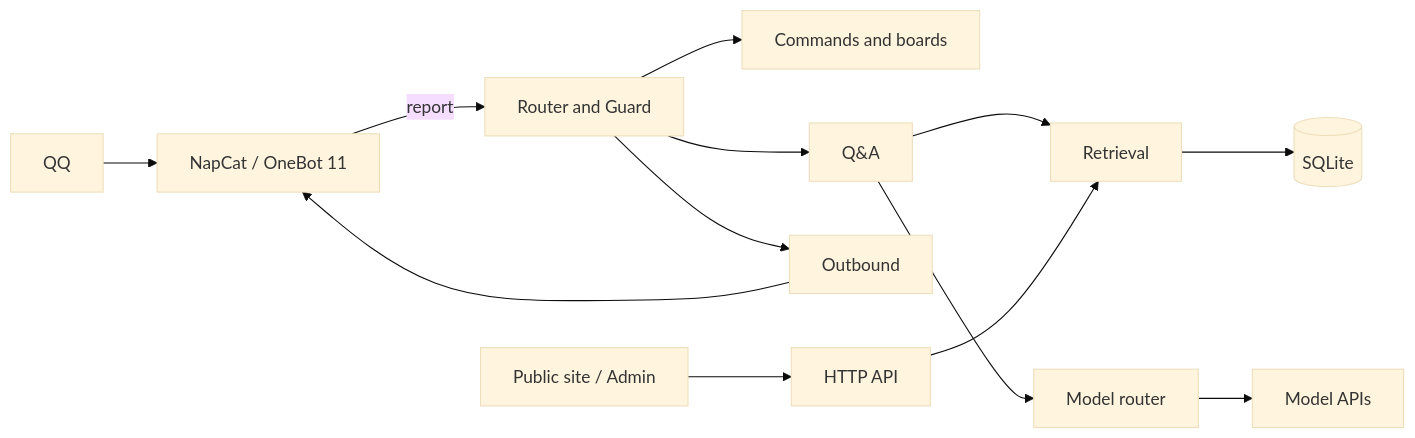
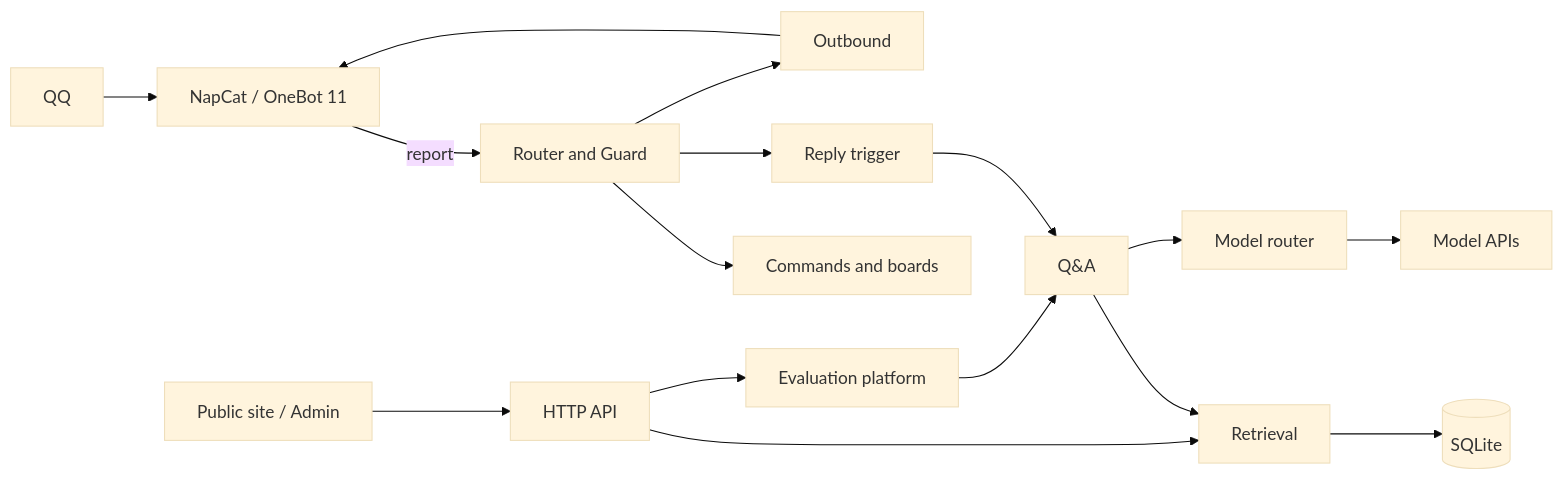
The diagram in README.en.md (HuoGu-Hub/Q-A-bot), drawn with Mermaid (base theme) before and after one commit. The commit also changed other lines of this file and 1 other file, not shown here.

````diff
--- a/README.en.md
+++ b/README.en.md
@@ -45,15 +48,18 @@
 ```mermaid
 flowchart LR
     QQ[QQ] --> NC[NapCat / OneBot 11]
     NC -->|report| R[Router and Guard]
     R --> C[Commands and boards]
-    R --> A[Q&A]
+    R --> T[Reply trigger]
+    T --> A[Q&A]
     A --> K[Retrieval]
     K --> DB[(SQLite)]
     A --> L[Model router]
     L --> API[Model APIs]
     R --> O[Outbound]
     O --> NC
     W[Public site / Admin] --> P[HTTP API]
     P --> K
+    P --> E[Evaluation platform]
+    E --> A
 ```
````
